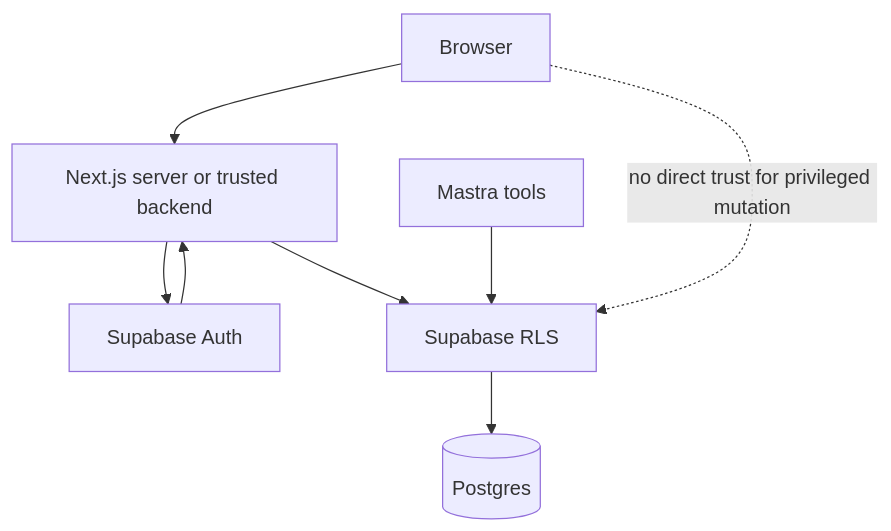
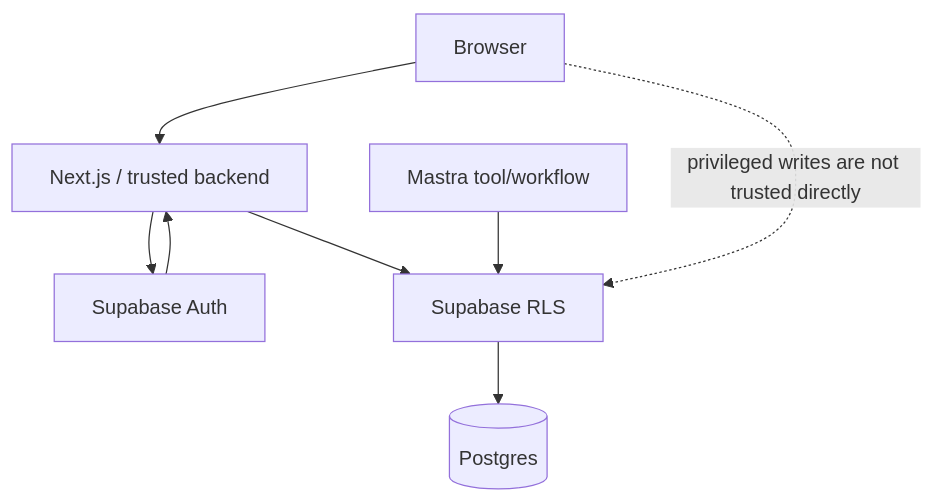
The fifth of 12 diagrams in docs/02-architecture/system-overview.md (amoai-tech/mdeai), drawn with Mermaid before and after one commit. The commit also changed other lines of this file, not shown here.

Commit message:
docs: expand system architecture with live data flows

````diff
--- a/docs/02-architecture/system-overview.md
+++ b/docs/02-architecture/system-overview.md
@@ -276,18 +355,18 @@
 ```mermaid
 flowchart TD
     CLIENT[Browser]
-    SERVER[Next.js server or trusted backend]
+    SERVER[Next.js / trusted backend]
     AUTH[Supabase Auth]
     RLS[Supabase RLS]
     DB[(Postgres)]
-    AI[Mastra tools]
+    AI[Mastra tool/workflow]
 
     CLIENT --> SERVER
     SERVER --> AUTH
     AUTH --> SERVER
     SERVER --> RLS
     AI --> RLS
     RLS --> DB
 
-    CLIENT -. no direct trust for privileged mutation .-> RLS
+    CLIENT -. privileged writes are not trusted directly .-> RLS
 ```
````
